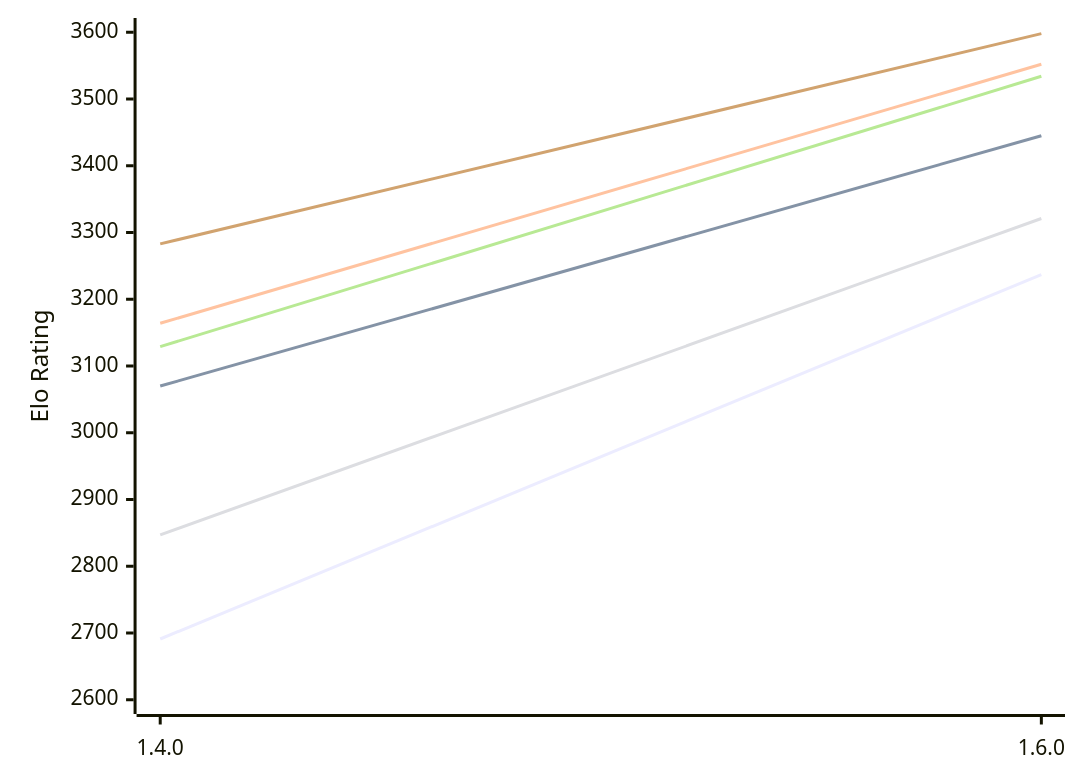
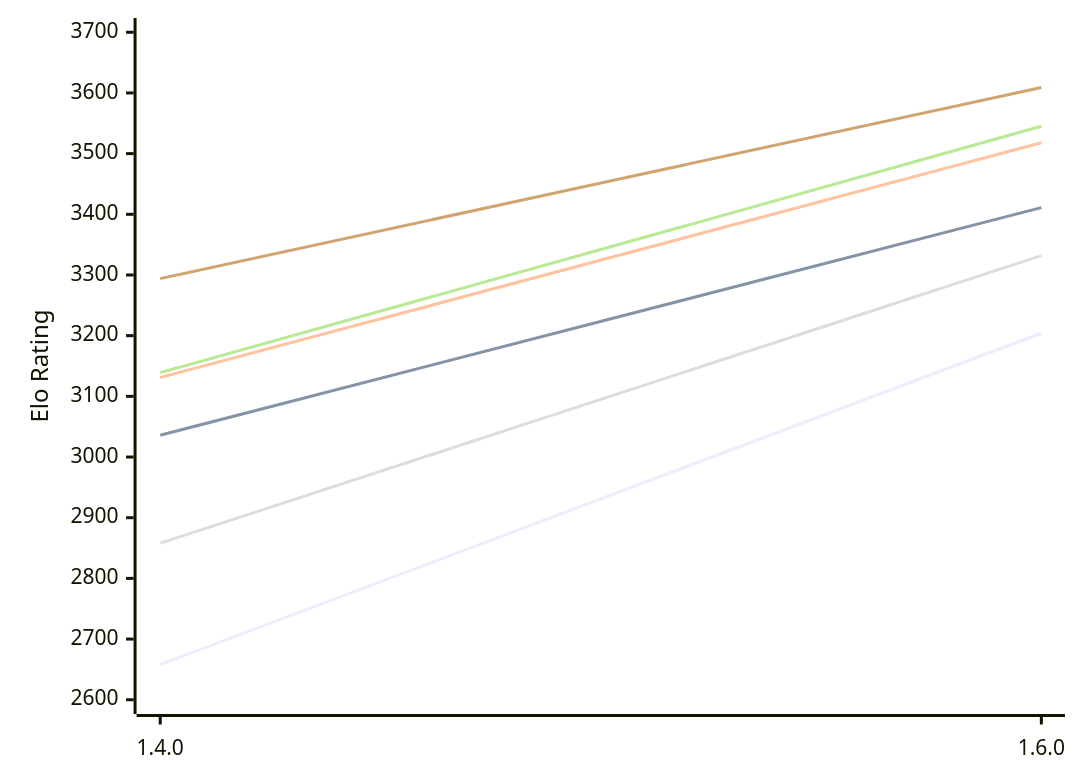
Before and after one commit to computer-chess-index/cci: the first of 2 diagrams in engines/Gyatso.md, drawn with Mermaid. The commit also changed other lines of this file, not shown here.

Commit message:
Update CCI Ratings (ELO VLTC) - 2026-11-12

````diff
--- a/engines/Gyatso.md
+++ b/engines/Gyatso.md
@@ -53,12 +53,12 @@
 ```mermaid
 %%{init: {"theme":"base","themeVariables":{"seriesColors:['#a3a3a3','#222221','#faa371']}}}%%
 xychart-beta
   x-axis ["1.4.0", "1.6.0"]
-  y-axis "Elo Rating" 2600 --> 3600
-  line "E1: STC (8.0+0.08s)" [2691, 3237]
-  line "E1: LTC (60.0+0.60s)" [3070, 3445]
-  line "E1: VLTC (2m24s+1.12s)" [3164, 3552]
-  line "P1: STC (8.0+0.08s)" [2847, 3321]
-  line "P1: LTC (60.0+0.60s)" [3129, 3534]
-  line "P1: VLTC (2m24s+1.12s)" [3283, 3598]
+  y-axis "Elo Rating" 2600 --> 3700
+  line "E1: STC (8.0+0.08s)" [2658, 3204]
+  line "E1: LTC (60.0+0.60s)" [3036, 3411]
+  line "E1: VLTC (2m24s+1.12s)" [3131, 3518]
+  line "P1: STC (8.0+0.08s)" [2858, 3332]
+  line "P1: LTC (60.0+0.60s)" [3139, 3545]
+  line "P1: VLTC (2m24s+1.12s)" [3294, 3609]
 ```
````
